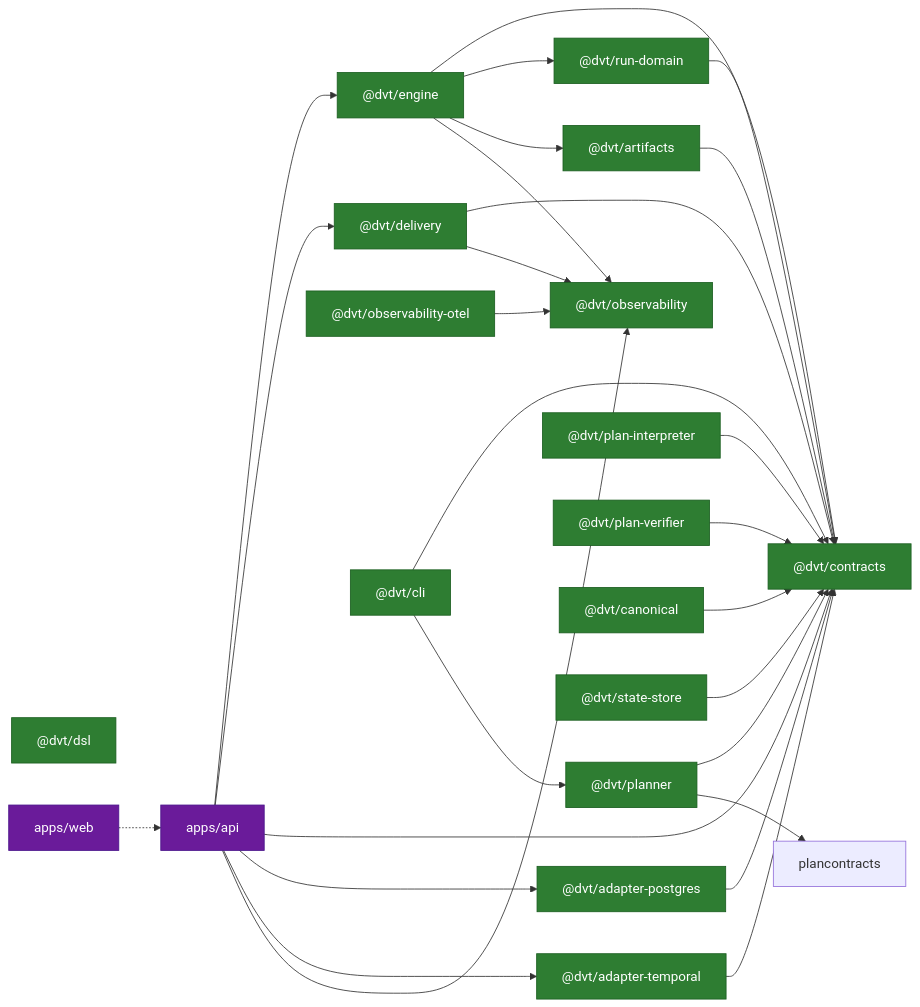
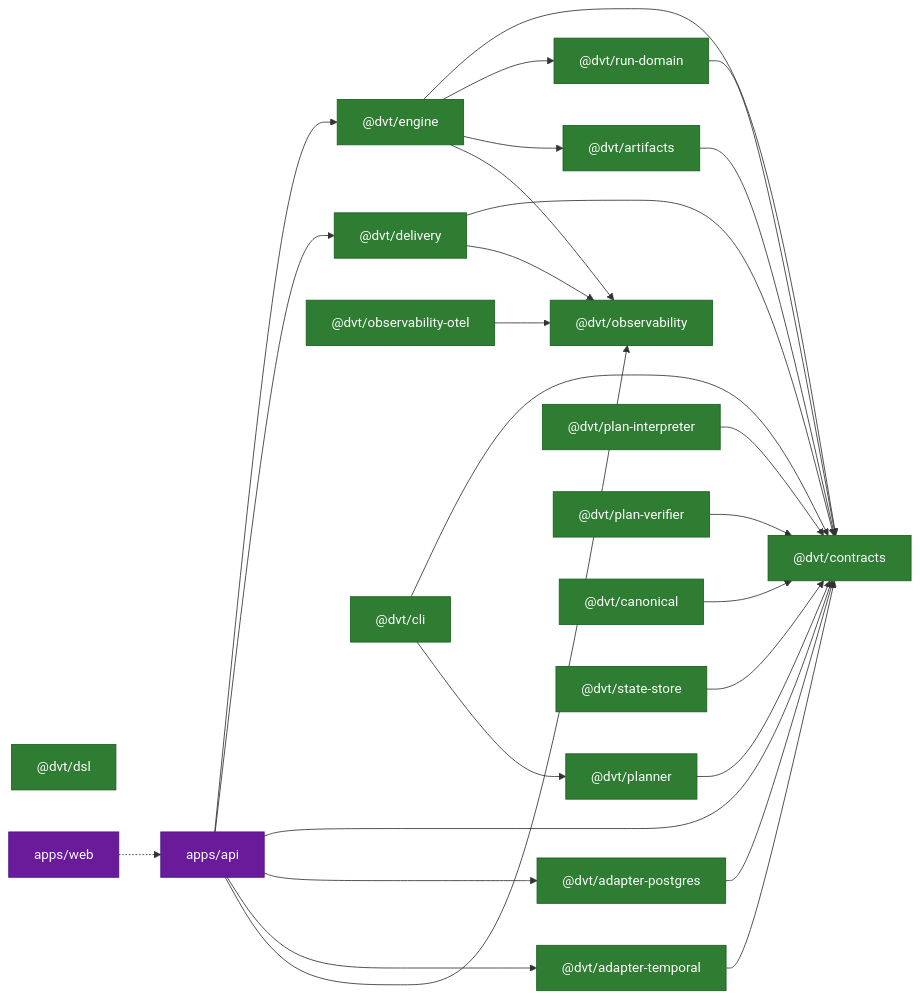
The third of 4 diagrams in docs/architecture/diagrams/implementation-architecture-diagrams.md (dunay2/dvt), drawn with Mermaid before and after one commit. The commit also changed 3 other files, not shown here.

````diff
--- a/docs/architecture/diagrams/implementation-architecture-diagrams.md
+++ b/docs/architecture/diagrams/implementation-architecture-diagrams.md
@@ -291,54 +291,53 @@
 ```mermaid
 flowchart LR
   classDef impl fill:#2E7D32,color:#fff,stroke:#1B5E20
   classDef planned fill:#FF9800,color:#fff,stroke:#E65100,stroke-dasharray:5 5
   classDef app fill:#6A1B9A,color:#fff,stroke:#4A148C
 
   contracts["@dvt/contracts"]:::impl
   rundomain["@dvt/run-domain"]:::impl
   engine["@dvt/engine"]:::impl
   temporal["@dvt/adapter-temporal"]:::impl
   pgadapter["@dvt/adapter-postgres"]:::impl
   delivery["@dvt/delivery"]:::impl
   obs["@dvt/observability"]:::impl
   obsotel["@dvt/observability-otel"]:::impl
   artifacts["@dvt/artifacts"]:::impl
   planner["@dvt/planner"]:::impl
   interpreter["@dvt/plan-interpreter"]:::impl
   verifier["@dvt/plan-verifier"]:::impl
   canonical["@dvt/canonical"]:::impl
   dsl["@dvt/dsl"]:::impl
   statestore["@dvt/state-store"]:::impl
   cli["@dvt/cli"]:::impl
   api["apps/api"]:::app
   web["apps/web"]:::app
 
   engine --> contracts
   engine --> rundomain
   engine --> artifacts
   engine --> obs
   rundomain --> contracts
   temporal --> contracts
   pgadapter --> contracts
   delivery --> contracts
   delivery --> obs
   planner --> contracts
-  planner --> plancontracts
   interpreter --> contracts
   verifier --> contracts
   canonical --> contracts
   artifacts --> contracts
   statestore --> contracts
   obsotel --> obs
   cli --> contracts
   cli --> planner
 
   api --> engine
   api --> delivery
   api --> contracts
   api --> pgadapter
   api --> temporal
   api --> obs
 
   web -.-> api
 ```
````
